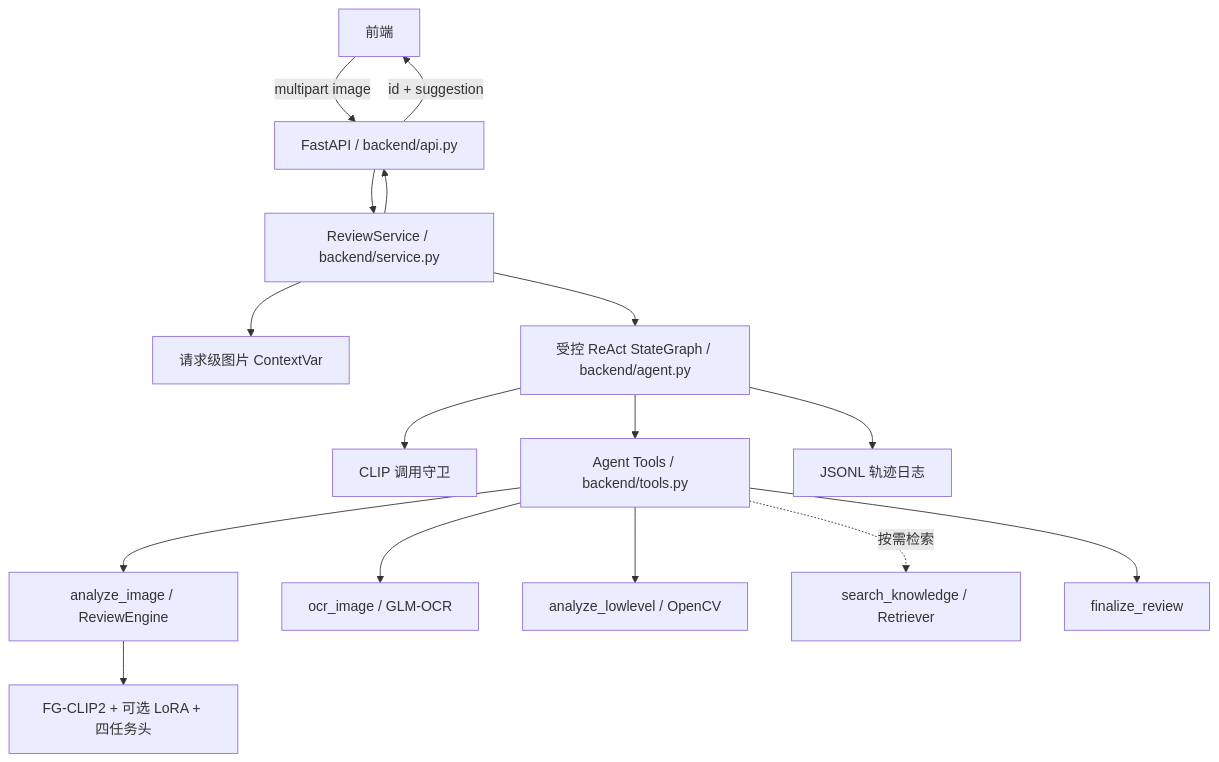
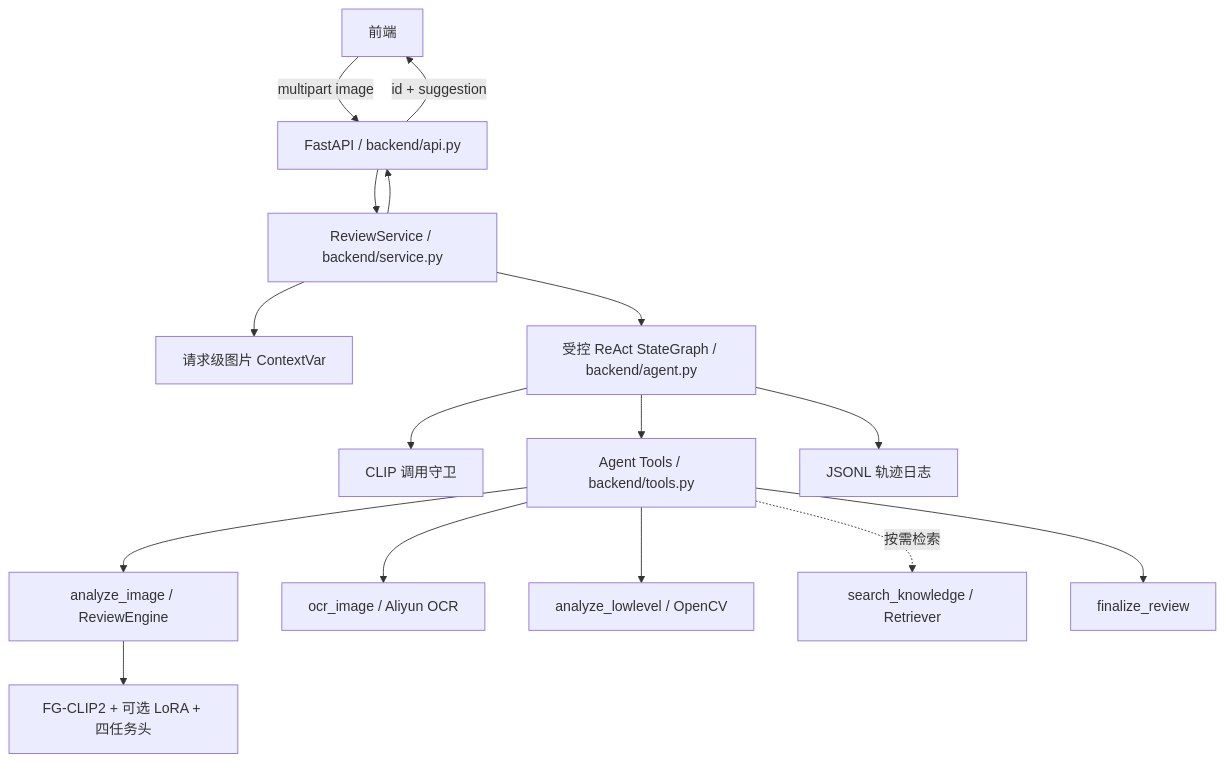
The diagram in docs/architecture.md (ZhangGuannanHIT/Image-Review-Agent), drawn with Mermaid before and after one commit. The commit also changed other lines of this file and 68 other files, not shown here.

````diff
--- a/docs/architecture.md
+++ b/docs/architecture.md
@@ -13,18 +13,18 @@
 ```mermaid
 flowchart TD
     FE[前端] -->|multipart image| API[FastAPI / backend/api.py]
     API --> SVC[ReviewService / backend/service.py]
     SVC --> CTX[请求级图片 ContextVar]
     SVC --> GRAPH[受控 ReAct StateGraph / backend/agent.py]
     GRAPH --> GUARD[CLIP 调用守卫]
     GRAPH --> TOOLS[Agent Tools / backend/tools.py]
     TOOLS --> CLIP[analyze_image / ReviewEngine]
-    TOOLS --> OCR[ocr_image / GLM-OCR]
+    TOOLS --> OCR[ocr_image / Aliyun OCR]
     TOOLS --> LOW[analyze_lowlevel / OpenCV]
     TOOLS -. 按需检索 .-> RAG[search_knowledge / Retriever]
     TOOLS --> FINAL[finalize_review]
     CLIP --> MODEL[FG-CLIP2 + 可选 LoRA + 四任务头]
     GRAPH --> LOG[JSONL 轨迹日志]
     SVC --> API
     API -->|id + suggestion| FE
 ```
````
